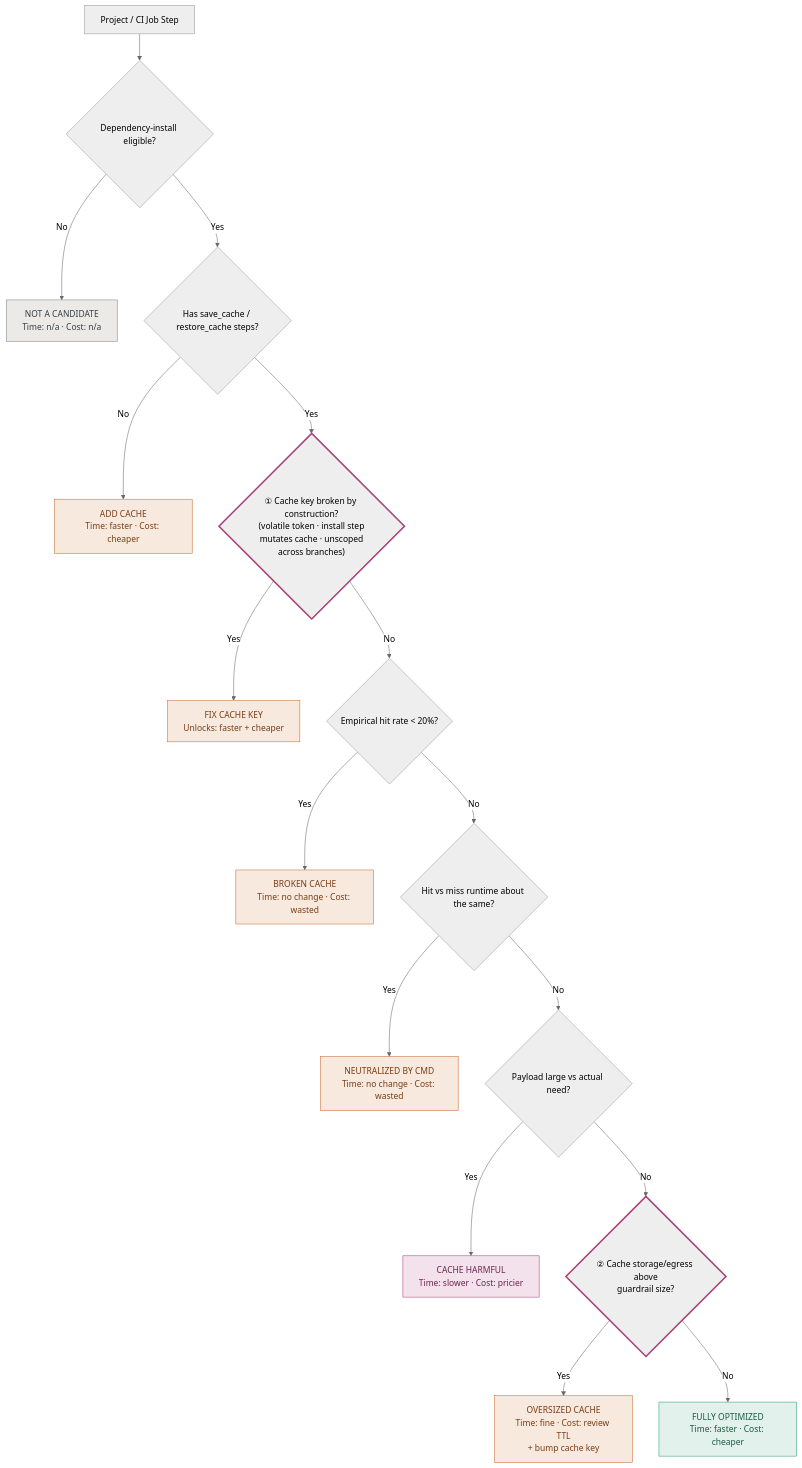
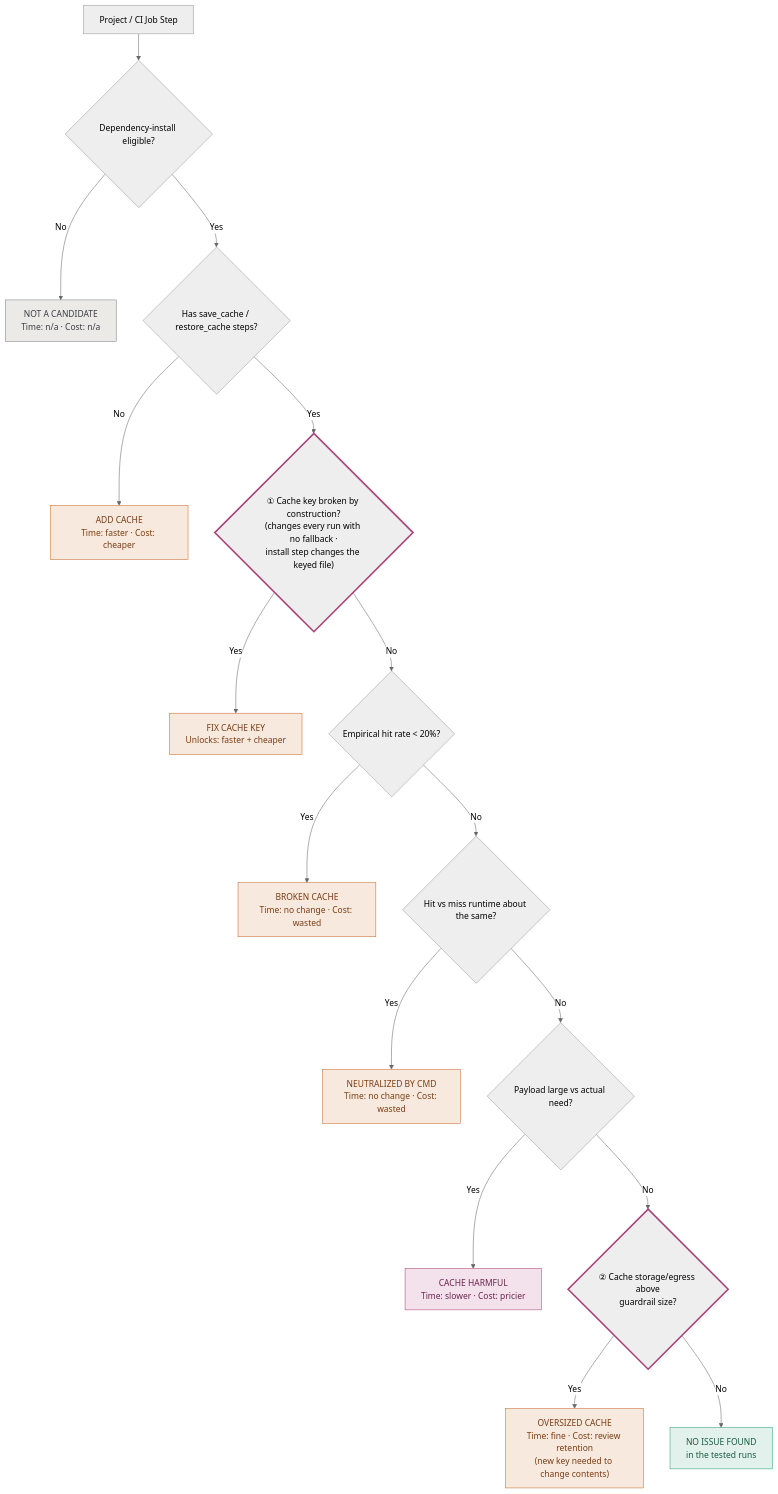
One commit to Fab10-CircleCi/cache-optimization-matrix changed the diagram in docs/cache-decision-tree.md. Above: the diagram before and after it, drawn with Mermaid (neutral theme). The commit also changed other lines of this file and 3 other files, not shown here.

````diff
--- a/docs/cache-decision-tree.md
+++ b/docs/cache-decision-tree.md
@@ -7,30 +16,30 @@
 ```mermaid
 flowchart TD
     A["Project / CI Job Step"] --> B{"Dependency-install eligible?"}
     B -->|No| NC["NOT A CANDIDATE<br/>Time: n/a · Cost: n/a"]
     B -->|Yes| C{"Has save_cache / restore_cache steps?"}
     C -->|No| AC["ADD CACHE<br/>Time: faster · Cost: cheaper"]
-    C -->|Yes| D{"① Cache key broken by construction?<br/>(volatile token · install step<br/>mutates cache · unscoped<br/>across branches)"}
+    C -->|Yes| D{"① Cache key broken by construction?<br/>(changes every run with no fallback ·<br/>install step changes the keyed file)"}
     D -->|Yes| FK["FIX CACHE KEY<br/>Unlocks: faster + cheaper"]
     D -->|No| E{"Empirical hit rate &lt; 20%?"}
     E -->|Yes| BC["BROKEN CACHE<br/>Time: no change · Cost: wasted"]
     E -->|No| F{"Hit vs miss runtime about the same?"}
     F -->|Yes| NCM["NEUTRALIZED BY CMD<br/>Time: no change · Cost: wasted"]
     F -->|No| G{"Payload large vs actual need?"}
     G -->|Yes| CH["CACHE HARMFUL<br/>Time: slower · Cost: pricier"]
     G -->|No| H{"② Cache storage/egress above<br/>guardrail size?"}
-    H -->|Yes| OC["OVERSIZED CACHE<br/>Time: fine · Cost: review TTL<br/>+ bump cache key"]
-    H -->|No| FO["FULLY OPTIMIZED<br/>Time: faster · Cost: cheaper"]
+    H -->|Yes| OC["OVERSIZED CACHE<br/>Time: fine · Cost: review retention<br/>(new key needed to change contents)"]
+    H -->|No| FO["NO ISSUE FOUND<br/>in the tested runs"]
 
     classDef candidate fill:#eceae6,stroke:#7a8088,color:#3a3f46;
     classDef warn fill:#f7e9dd,stroke:#c96a30,color:#7a3d15;
     classDef critical fill:#f3e2ec,stroke:#a8447a,color:#6e2450;
     classDef good fill:#e3f1ec,stroke:#2f9c78,color:#175c42;
     classDef amended stroke-width:3px,stroke:#a8447a;
 
     class NC candidate
     class AC,FK,BC,NCM,OC warn
     class CH critical
     class FO good
     class D,H amended
 ```
````
